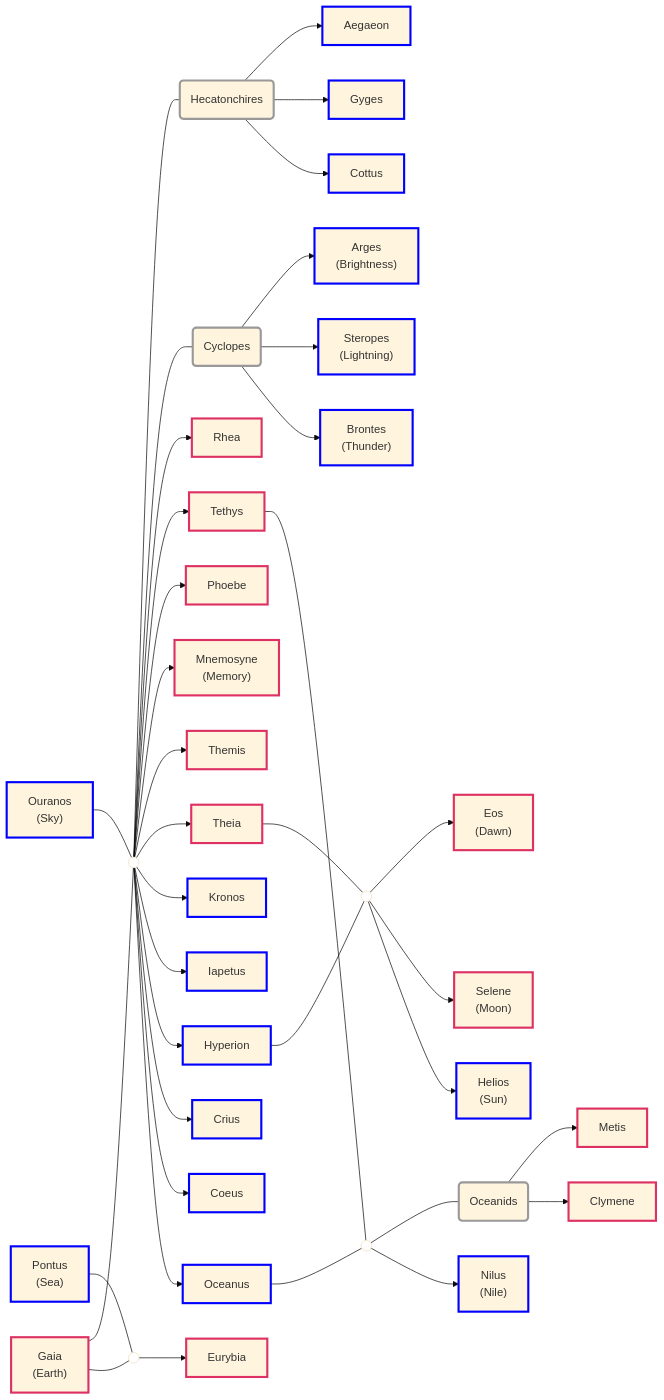
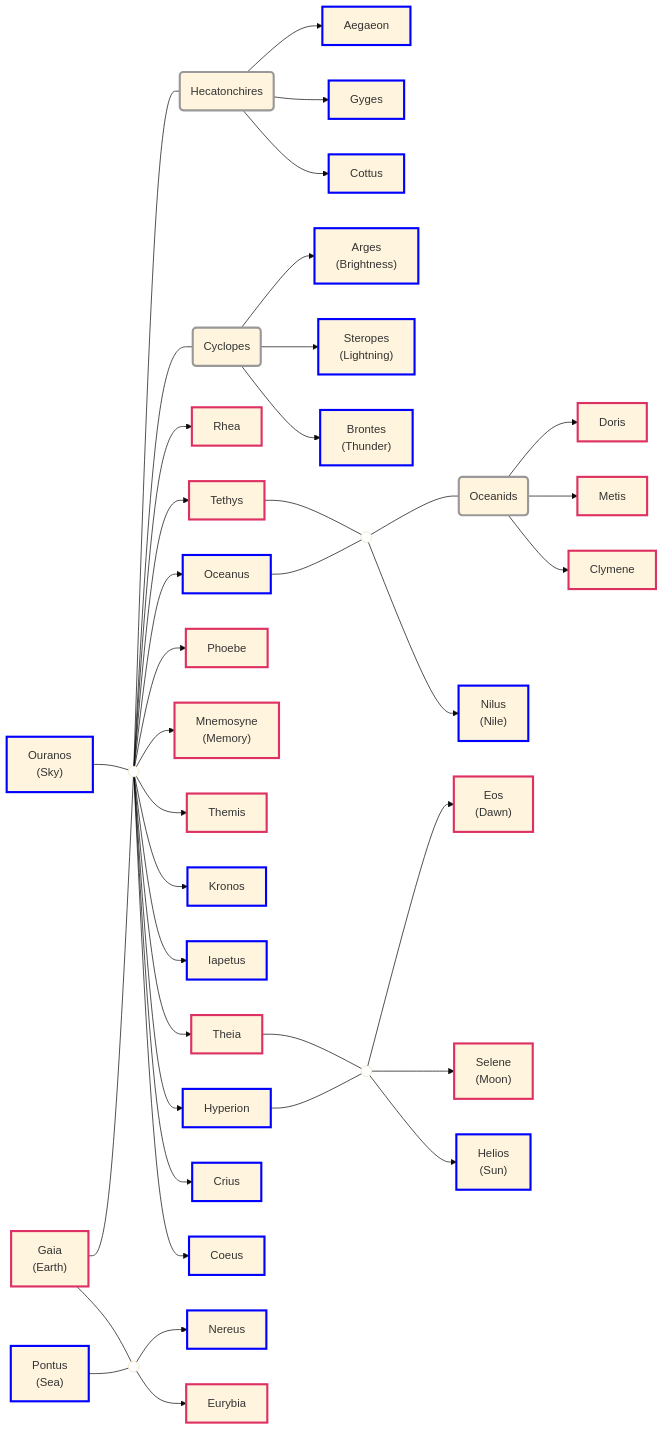
One commit to dvdmtw98/notes changed the second of 12 diagrams in MainVault/read-and-watch-list/books/mythos.md. Above: the diagram before and after it, drawn with Mermaid (base theme). The commit also changed other lines of this file and 744 other files, not shown here.

````diff
--- a/MainVault/read-and-watch-list/books/mythos.md
+++ b/MainVault/read-and-watch-list/books/mythos.md
@@ -40,47 +40,49 @@
 ```mermaid
 flowchart LR
 	Gaia["Gaia\n(Earth)"]:::female
 	Ouranos["Ouranos\n(Sky)"]:::male
 	Oceanus["Oceanus"]:::male
 	Coeus["Coeus"]:::male
 	Crius["Crius"]:::male
 	Hyperion["Hyperion"]:::male
 	Iapetus["Iapetus"]:::male
 	Kronos["Kronos"]:::male
 	Theia["Theia"]:::female
 	Themis["Themis"]:::female
 	Mnemosyne["Mnemosyne\n(Memory)"]:::female
 	Phoebe["Phoebe"]:::female
 	Tethys["Tethys"]:::female
 	Rhea["Rhea"]:::female
 	Brontes["Brontes\n(Thunder)"]:::male
 	Steropes["Steropes\n(Lightning)"]:::male
 	Arges["Arges\n(Brightness)"]:::male
 	Cottus["Cottus"]:::male
 	Gyges["Gyges"]:::male
 	Aegaeon["Aegaeon"]:::male
 	Nilus["Nilus\n(Nile)"]:::male
 	Clymene["Clymene"]:::female
 	Metis["Metis"]:::female
 	Helios["Helios\n(Sun)"]:::male
 	Selene["Selene\n(Moon)"]:::female
 	Eos["Eos\n(Dawn)"]:::female
 	Pontus["Pontus\n(Sea)"]:::male
 	Eurybia["Eurybia"]:::female
+	Nereus:::male
+	Doris:::female
 
-	Gaia & Pontus --- N0(( )):::merge --> Eurybia
+	Pontus & Gaia --- N0(( )):::merge --> Eurybia & Nereus
 	Gaia & Ouranos --- N1(( )):::merge
-	N1 --> Oceanus & Coeus & Crius & Hyperion & Iapetus & Kronos
-	N1 --> Theia & Themis & Mnemosyne & Phoebe & Tethys & Rhea
+	N1 --> Coeus & Crius & Hyperion & Theia & Iapetus & Kronos
+	N1 --> Themis & Mnemosyne & Phoebe & Oceanus & Tethys & Rhea
 	N1 --- N2(Cyclopes):::neutral & N3(Hecatonchires):::neutral
 	N2 --> Brontes & Steropes & Arges
 	N3 --> Cottus & Gyges & Aegaeon
 	Oceanus & Tethys --- N4(( )):::merge --> Nilus
-	N4 --- N5(Oceanids):::neutral --> Clymene & Metis
+	N4 --- N5(Oceanids):::neutral --> Clymene & Metis & Doris
 	Hyperion & Theia --- N6(( )):::merge --> Helios & Selene & Eos
 
     classDef male stroke:#0000FF,stroke-width:3px
 	classDef female stroke:#DE3163,stroke-width:3px
     classDef neutral stroke:#999999,stroke-width:3px
     classDef merge fill:#FFFFFF
 ```
````
